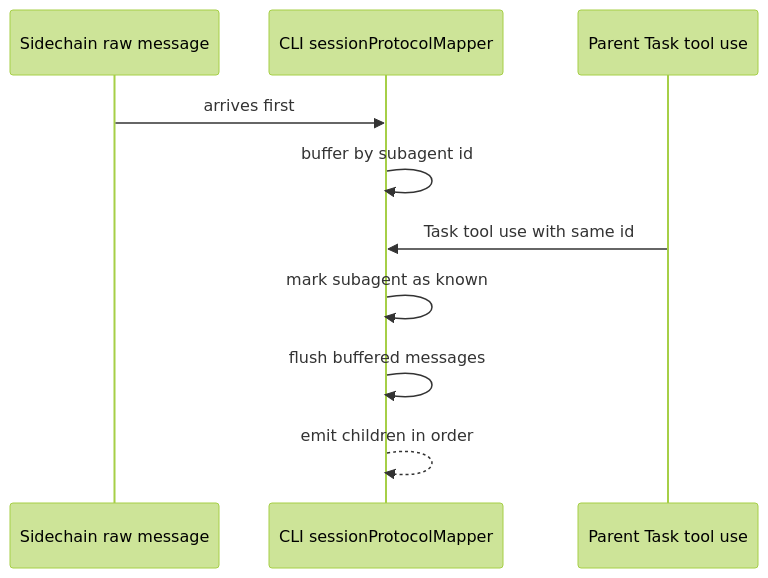
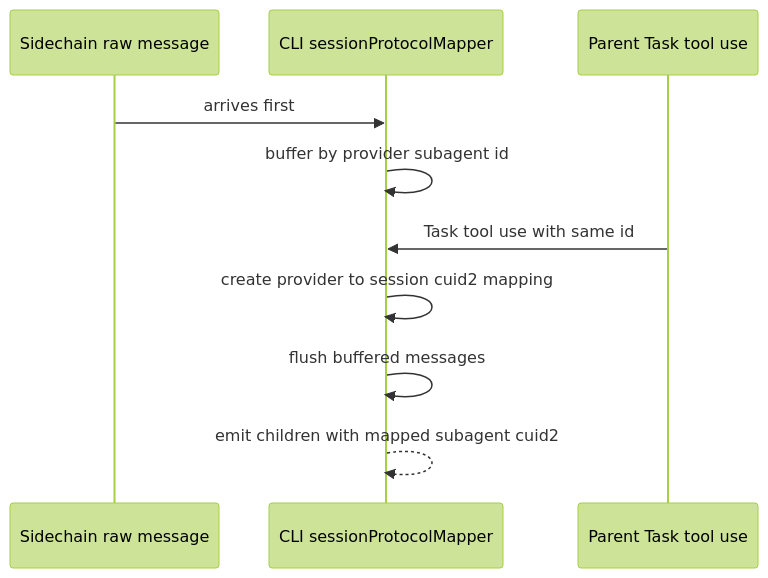
Before and after one commit to Yugoge/happy: the fourth of 5 diagrams in docs/session-protocol-claude.md, drawn with Mermaid (forest theme). The commit also changed other lines of this file and 11 other files, not shown here.

Commit message:
Implement cuid2 session protocol IDs across adapters

````diff
--- a/docs/session-protocol-claude.md
+++ b/docs/session-protocol-claude.md
@@ -337,13 +343,13 @@
 ```mermaid
 sequenceDiagram
     participant Child as Sidechain raw message
     participant Mapper as CLI sessionProtocolMapper
     participant Parent as Parent Task tool use
 
     Child->>Mapper: arrives first
-    Mapper->>Mapper: buffer by subagent id
+    Mapper->>Mapper: buffer by provider subagent id
     Parent->>Mapper: Task tool use with same id
-    Mapper->>Mapper: mark subagent as known
+    Mapper->>Mapper: create provider to session cuid2 mapping
     Mapper->>Mapper: flush buffered messages
-    Mapper-->>Mapper: emit children in order
+    Mapper-->>Mapper: emit children with mapped subagent cuid2
 ```
````
